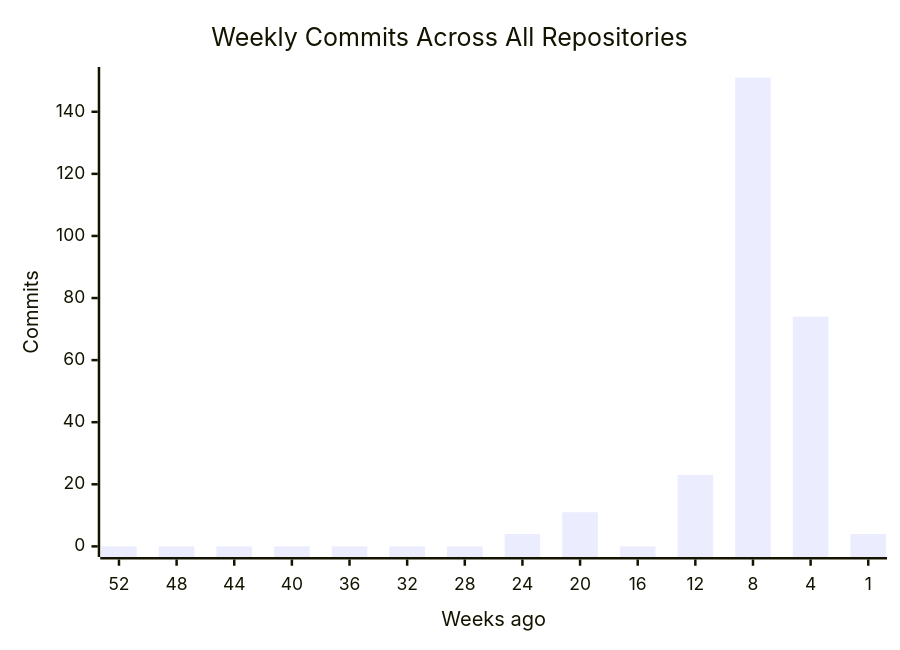
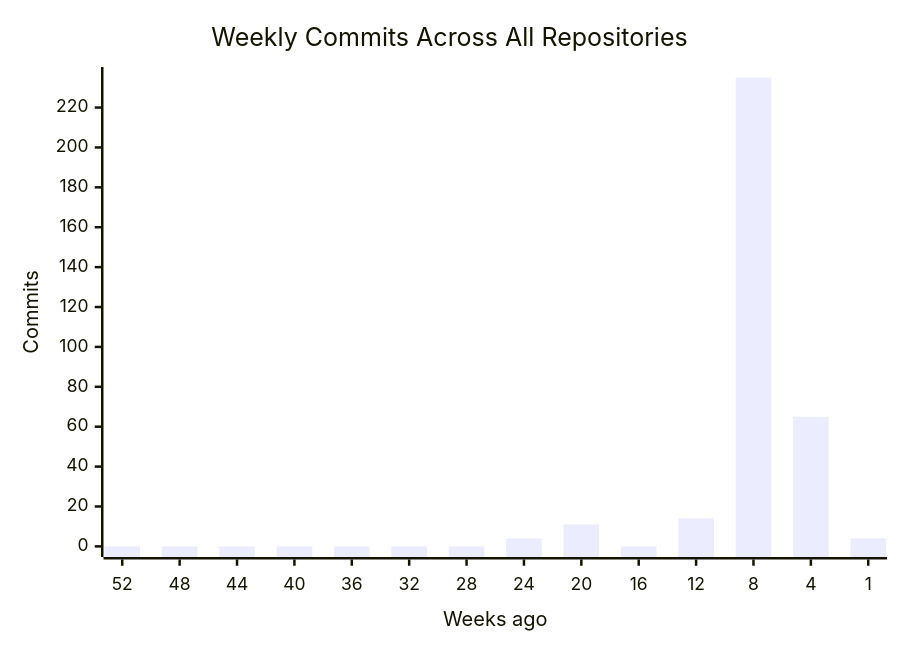
One commit to CSTH-Projects/.github changed the first of 4 diagrams in profile/README.md. Above: the diagram before and after it, drawn with Mermaid. The commit also changed other lines of this file, not shown here.

````diff
--- a/profile/README.md
+++ b/profile/README.md
@@ -16,7 +16,7 @@
 ```mermaid
 xychart-beta
     title "Weekly Commits Across All Repositories"
     x-axis "Weeks ago" [52, 48, 44, 40, 36, 32, 28, 24, 20, 16, 12, 8, 4, 1]
     y-axis "Commits"
-    bar [0, 0, 0, 0, 0, 0, 0, 4, 11, 0, 23, 151, 74, 4]
+    bar [0, 0, 0, 0, 0, 0, 0, 4, 11, 0, 14, 235, 65, 4]
 ```
````
